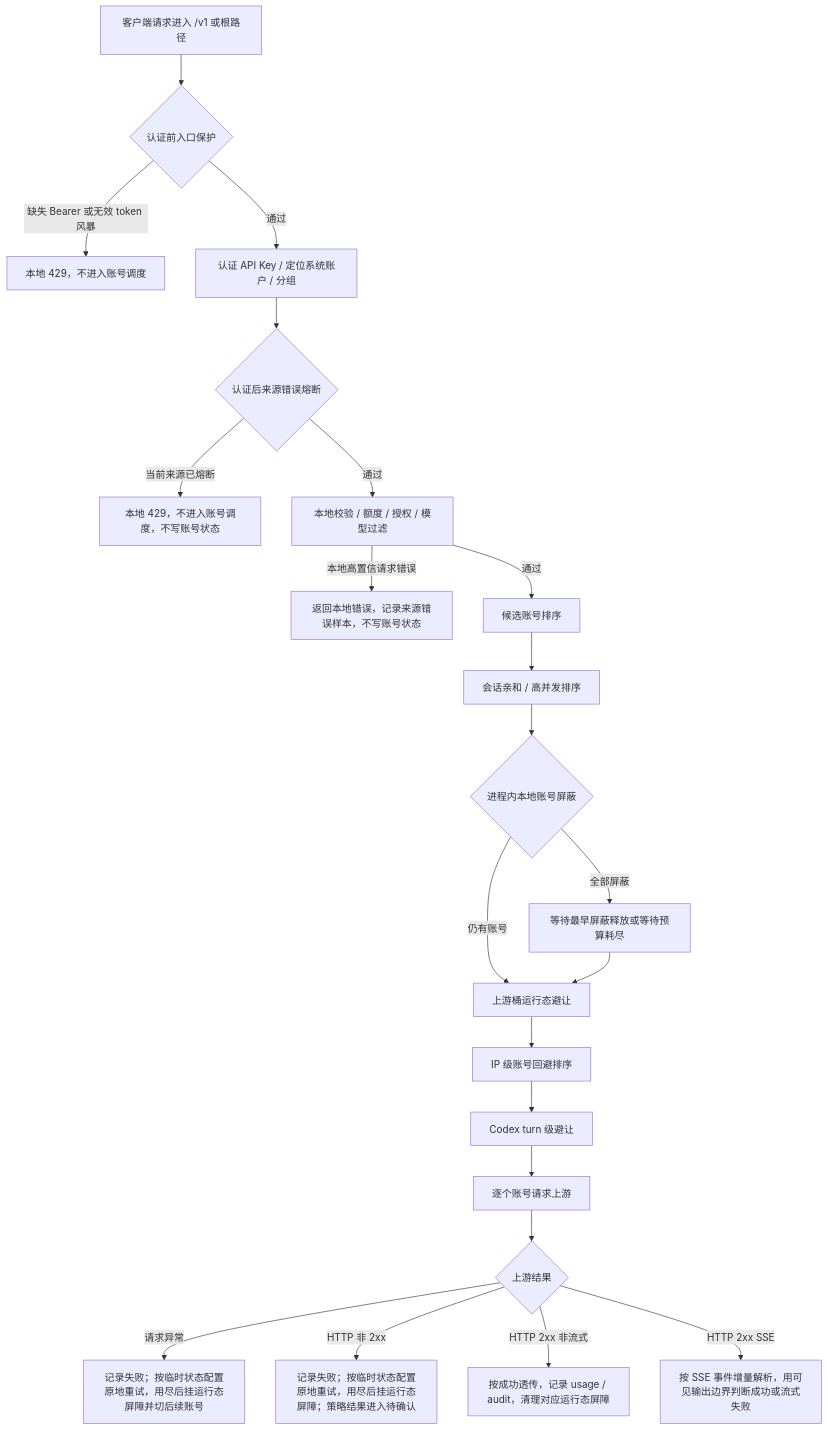
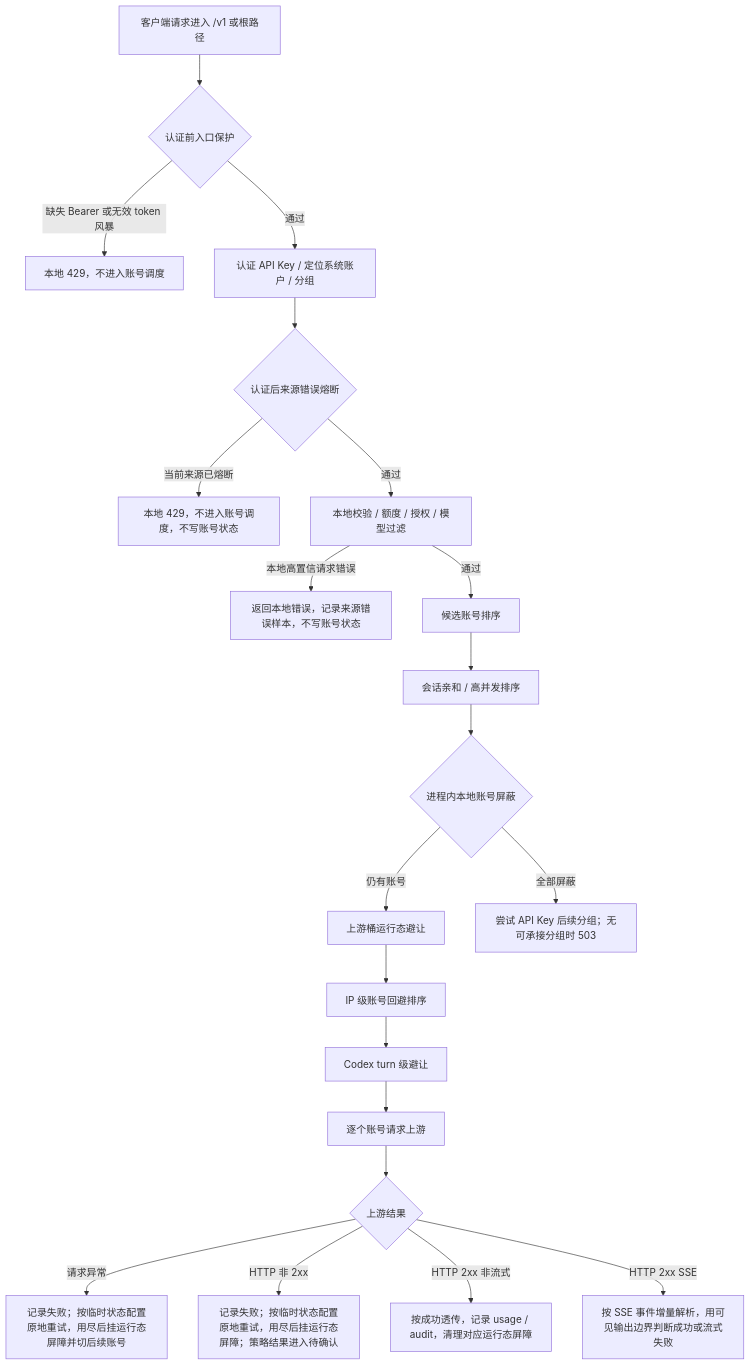
One commit to huanmin123/juhe-ai changed the diagram in docs/functions/网关错误处理完整链路.md. Above: the diagram before and after it, drawn with Mermaid. The commit also changed other lines of this file and 24 other files, not shown here.

````diff
--- a/docs/functions/网关错误处理完整链路.md
+++ b/docs/functions/网关错误处理完整链路.md
@@ -48,24 +48,23 @@
 ```mermaid
 flowchart TD
   A["客户端请求进入 /v1 或根路径"] --> B{"认证前入口保护"}
   B -- "缺失 Bearer 或无效 token 风暴" --> B1["本地 429，不进入账号调度"]
   B -- "通过" --> C["认证 API Key / 定位系统账户 / 分组"]
   C --> D{"认证后来源错误熔断"}
   D -- "当前来源已熔断" --> D1["本地 429，不进入账号调度，不写账号状态"]
   D -- "通过" --> E["本地校验 / 额度 / 授权 / 模型过滤"]
   E -- "本地高置信请求错误" --> E1["返回本地错误，记录来源错误样本，不写账号状态"]
   E -- "通过" --> F["候选账号排序"]
   F --> F1["会话亲和 / 高并发排序"]
   F1 --> F2{"进程内本地账号屏蔽"}
   F2 -- "仍有账号" --> F3["上游桶运行态避让"]
-  F2 -- "全部屏蔽" --> F2A["等待最早屏蔽释放或等待预算耗尽"]
-  F2A --> F3
+  F2 -- "全部屏蔽" --> F2A["尝试 API Key 后续分组；无可承接分组时 503"]
   F3 --> F4["IP 级账号回避排序"]
   F4 --> F5["Codex turn 级避让"]
   F5 --> G["逐个账号请求上游"]
   G --> H{"上游结果"}
   H -- "请求异常" --> I["记录失败；按临时状态配置原地重试，用尽后挂运行态屏障并切后续账号"]
   H -- "HTTP 非 2xx" --> J["记录失败；按临时状态配置原地重试，用尽后挂运行态屏障；策略结果进入待确认"]
   H -- "HTTP 2xx 非流式" --> K["按成功透传，记录 usage / audit，清理对应运行态屏障"]
   H -- "HTTP 2xx SSE" --> L["按 SSE 事件增量解析，用可见输出边界判断成功或流式失败"]
 ```
````
